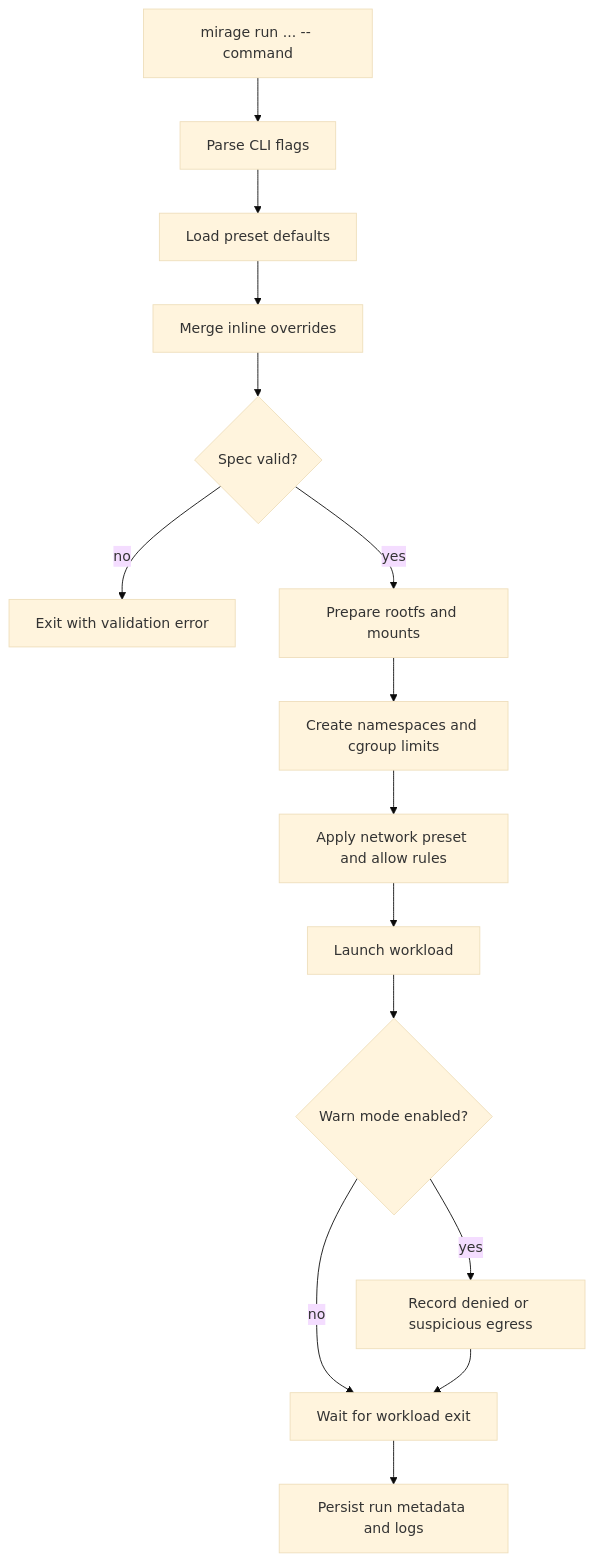
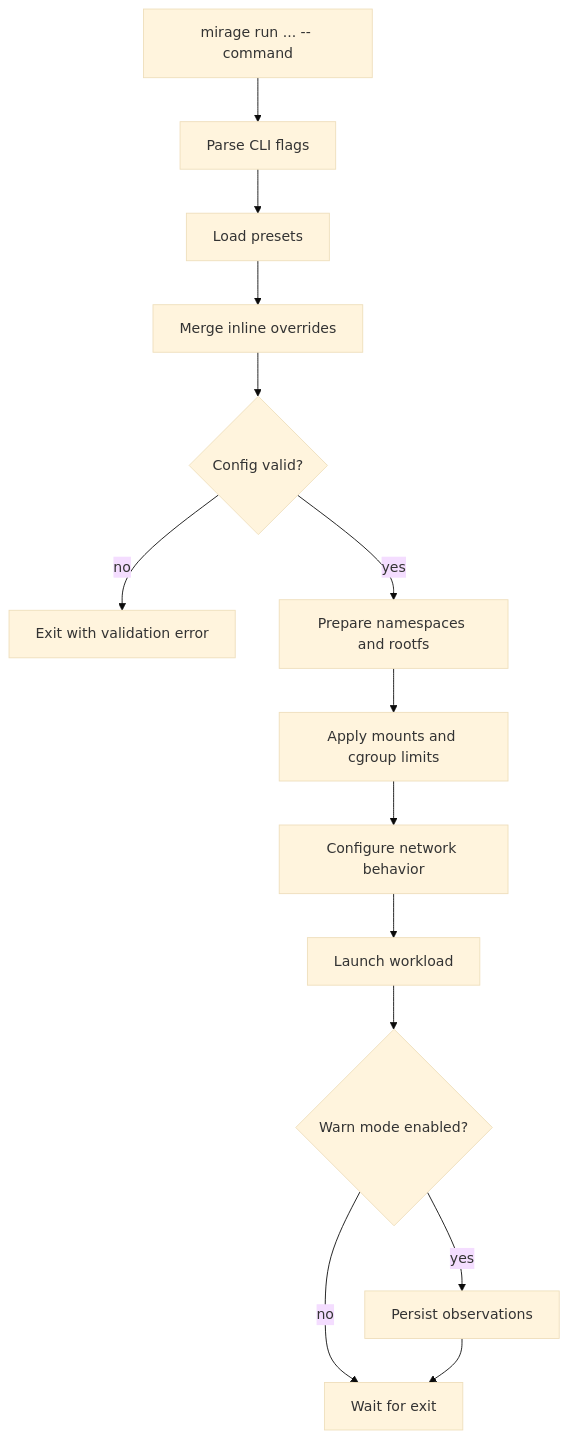
One commit to DemonGiggle/mirage changed the diagram in docs/architecture.md. Above: the diagram before and after it, drawn with Mermaid (base theme). The commit also changed other lines of this file and 5 other files, not shown here.

````diff
--- a/docs/architecture.md
+++ b/docs/architecture.md
@@ -182,17 +149,16 @@
 ```mermaid
 flowchart TD
     A["mirage run ... -- command"] --> B[Parse CLI flags]
-    B --> C[Load preset defaults]
+    B --> C[Load presets]
     C --> D[Merge inline overrides]
-    D --> E{Spec valid?}
+    D --> E{Config valid?}
     E -- no --> F[Exit with validation error]
-    E -- yes --> G[Prepare rootfs and mounts]
-    G --> H[Create namespaces and cgroup limits]
-    H --> I[Apply network preset and allow rules]
+    E -- yes --> G[Prepare namespaces and rootfs]
+    G --> H[Apply mounts and cgroup limits]
+    H --> I[Configure network behavior]
     I --> J[Launch workload]
     J --> K{Warn mode enabled?}
-    K -- yes --> L[Record denied or suspicious egress]
-    K -- no --> M[Wait for workload exit]
+    K -- yes --> L[Persist observations]
+    K -- no --> M[Wait for exit]
     L --> M
-    M --> N[Persist run metadata and logs]
 ```
````
